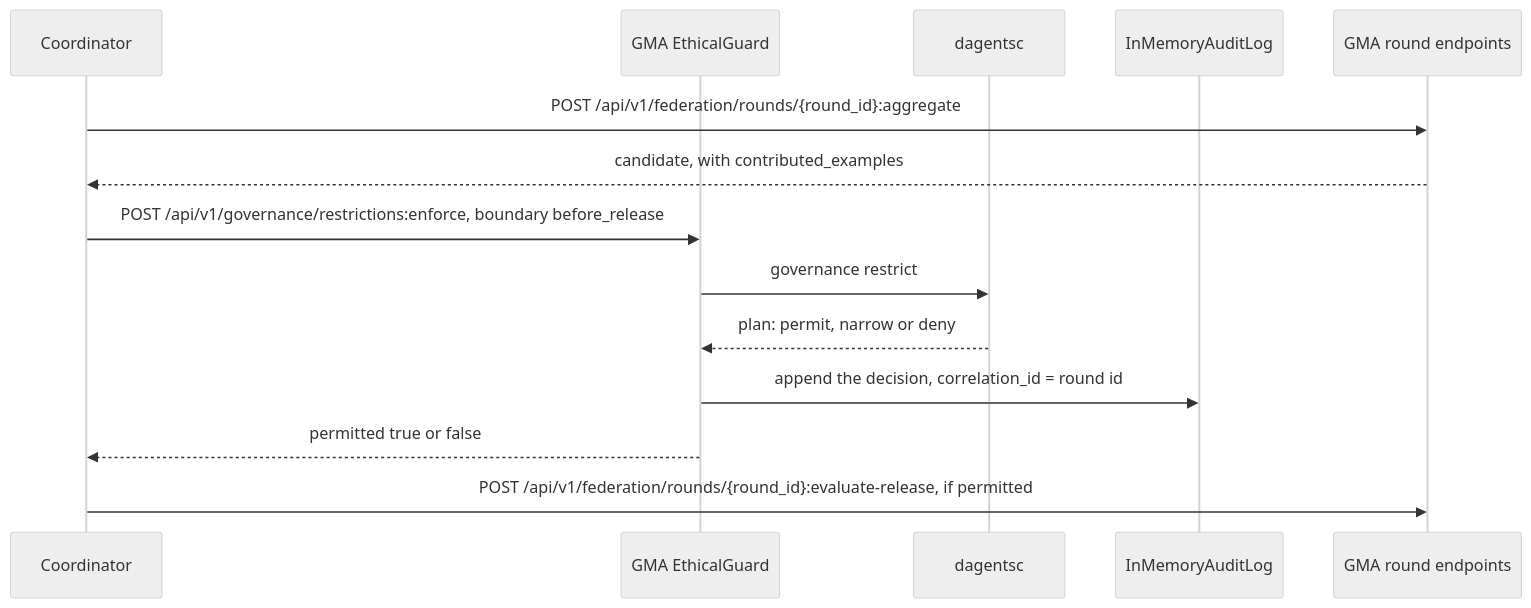
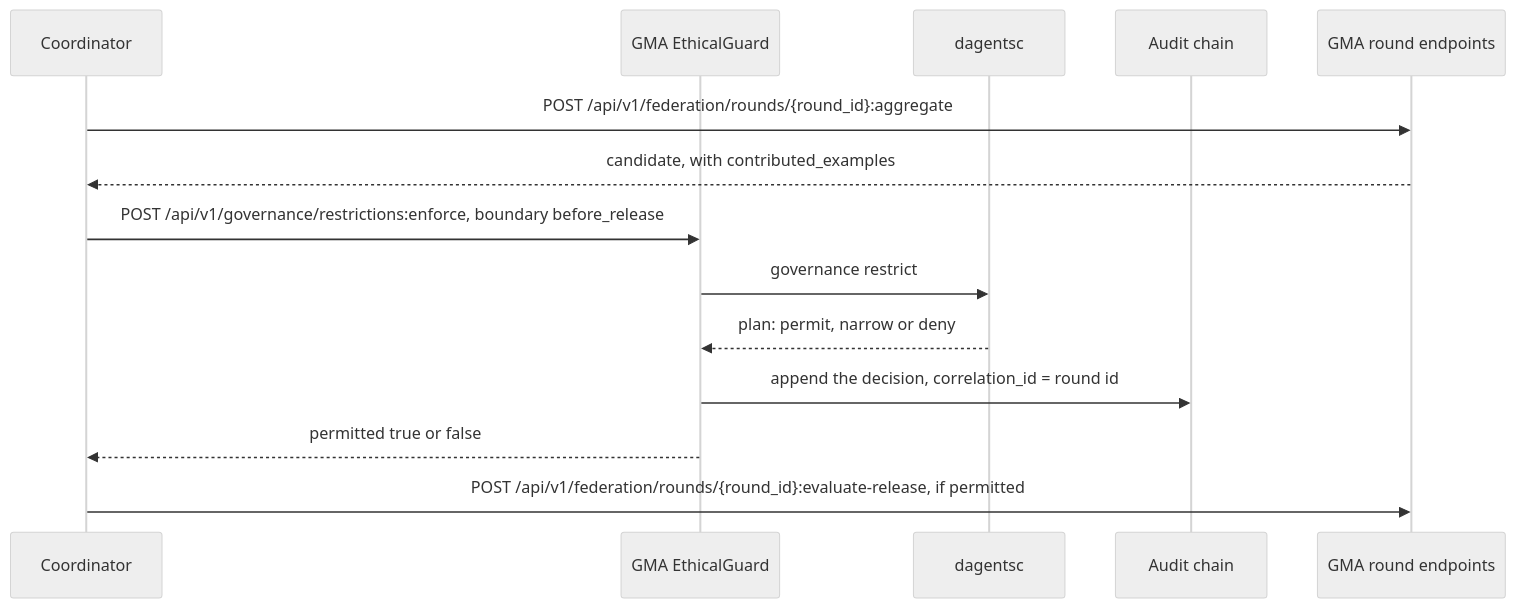
The tenth of 12 diagrams in docs/reference/api/agents.md (pradyunuydarp/Dagents), drawn with Mermaid (neutral theme) before and after one commit. The commit also changed other lines of this file and 129 other files, not shown here.

````diff
--- a/docs/reference/api/agents.md
+++ b/docs/reference/api/agents.md
@@ -1509,16 +2205,16 @@
 ```mermaid
 sequenceDiagram
     participant Coordinator
     participant Guard as GMA EthicalGuard
     participant Planner as dagentsc
-    participant Audit as InMemoryAuditLog
+    participant Audit as Audit chain
     participant Rounds as GMA round endpoints
     Coordinator->>Rounds: POST /api/v1/federation/rounds/{round_id}:aggregate
     Rounds-->>Coordinator: candidate, with contributed_examples
     Coordinator->>Guard: POST /api/v1/governance/restrictions:enforce, boundary before_release
     Guard->>Planner: governance restrict
     Planner-->>Guard: plan: permit, narrow or deny
     Guard->>Audit: append the decision, correlation_id = round id
     Guard-->>Coordinator: permitted true or false
     Coordinator->>Rounds: POST /api/v1/federation/rounds/{round_id}:evaluate-release, if permitted
 ```
````
